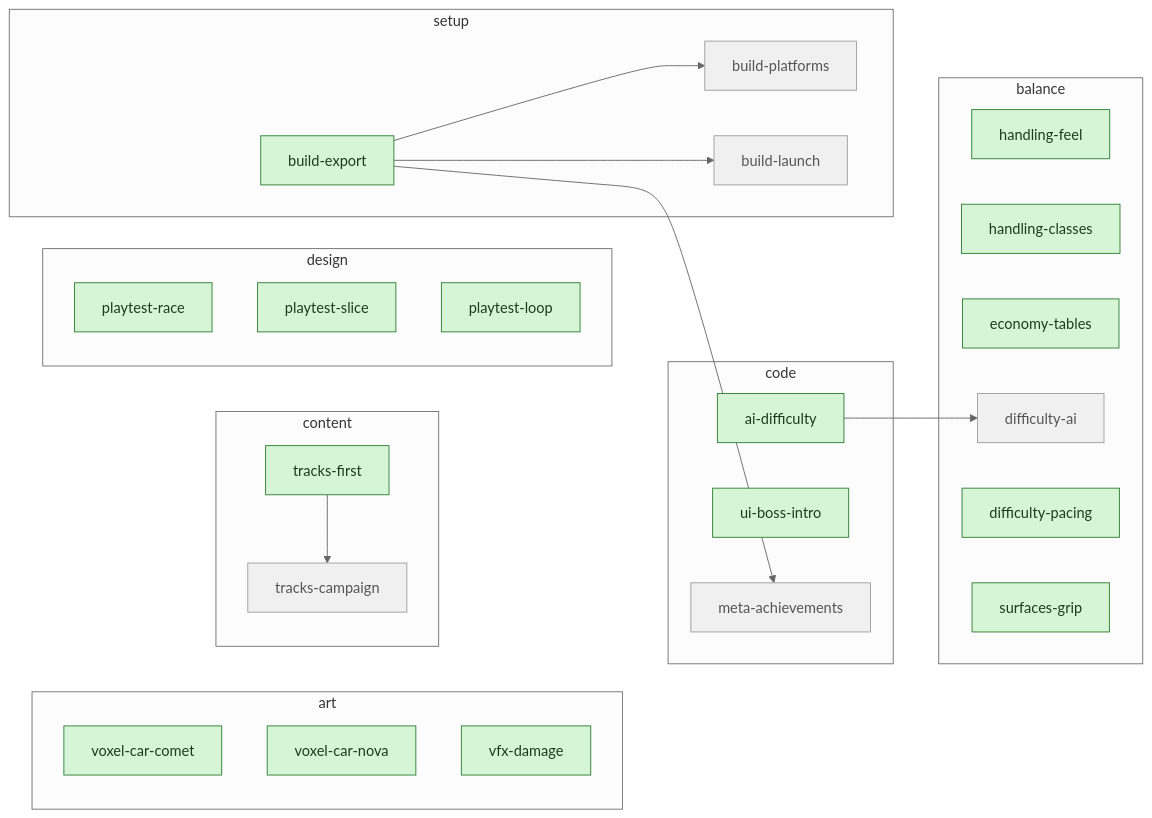
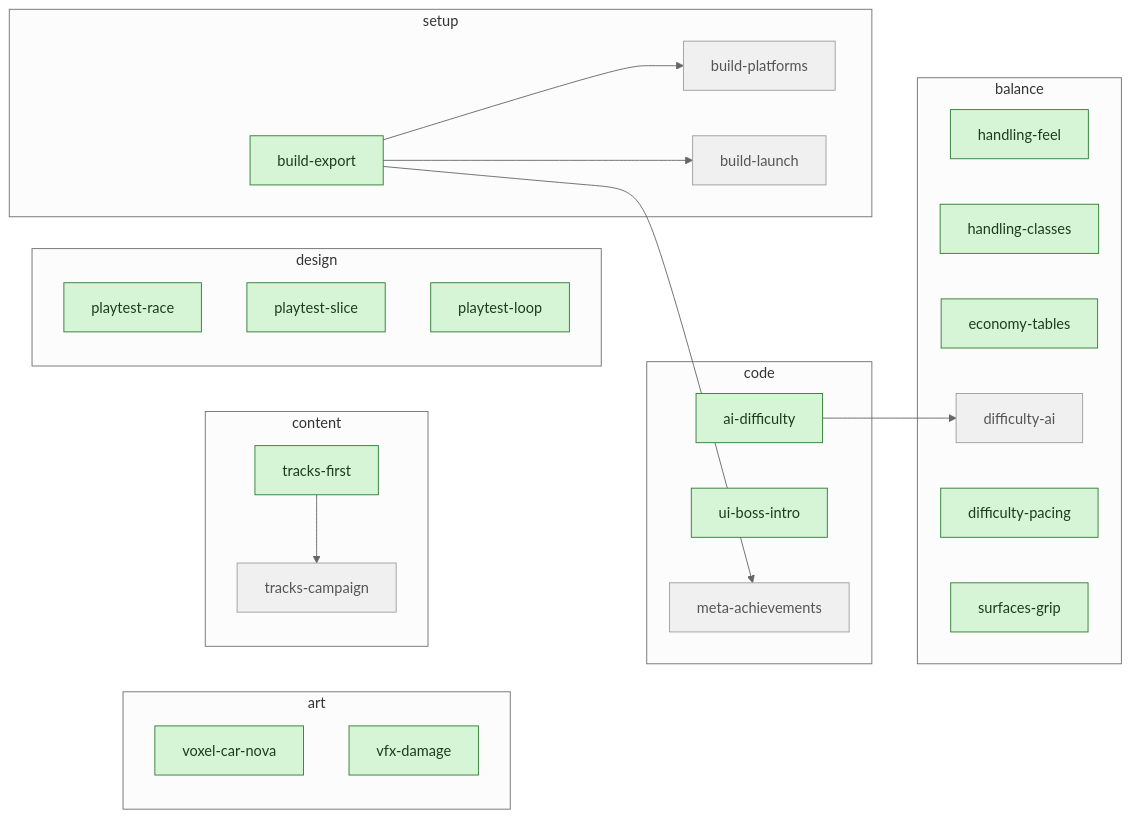
One commit to artemiiShabanov/RallyRivals changed the third of 3 diagrams in STATUS.md. Above: the diagram before and after it, drawn with Mermaid (neutral theme). The commit also changed other lines of this file and 6 other files, not shown here.

````diff
--- a/STATUS.md
+++ b/STATUS.md
@@ -91,44 +90,43 @@
 ```mermaid
 flowchart LR
   subgraph code
     code_ai_difficulty["ai-difficulty"]
     code_ui_boss_intro["ui-boss-intro"]
     code_meta_achievements["meta-achievements"]
   end
   subgraph art
-    art_voxel_car_comet["voxel-car-comet"]
     art_voxel_car_nova["voxel-car-nova"]
     art_vfx_damage["vfx-damage"]
   end
   subgraph content
     content_tracks_first["tracks-first"]
     content_tracks_campaign["tracks-campaign"]
   end
   subgraph balance
     balance_handling_feel["handling-feel"]
     balance_handling_classes["handling-classes"]
     balance_economy_tables["economy-tables"]
     balance_difficulty_ai["difficulty-ai"]
     balance_difficulty_pacing["difficulty-pacing"]
     balance_surfaces_grip["surfaces-grip"]
   end
   subgraph design
     design_playtest_race["playtest-race"]
     design_playtest_slice["playtest-slice"]
     design_playtest_loop["playtest-loop"]
   end
   subgraph setup
     setup_build_export["build-export"]
     setup_build_platforms["build-platforms"]
     setup_build_launch["build-launch"]
   end
   setup_build_export --> code_meta_achievements
   content_tracks_first --> content_tracks_campaign
   code_ai_difficulty --> balance_difficulty_ai
   setup_build_export --> setup_build_platforms
   setup_build_export --> setup_build_launch
   classDef avail fill:#d6f5d6,stroke:#2e7d32,color:#1b3d1b;
   classDef blocked fill:#f0f0f0,stroke:#9e9e9e,color:#555;
-  class code_ai_difficulty,code_ui_boss_intro,content_tracks_first,art_voxel_car_comet,art_voxel_car_nova,art_vfx_damage,balance_handling_feel,balance_handling_classes,balance_economy_tables,balance_difficulty_pacing,balance_surfaces_grip,design_playtest_race,design_playtest_slice,design_playtest_loop,setup_build_export avail;
+  class code_ai_difficulty,code_ui_boss_intro,content_tracks_first,art_voxel_car_nova,art_vfx_damage,balance_handling_feel,balance_handling_classes,balance_economy_tables,balance_difficulty_pacing,balance_surfaces_grip,design_playtest_race,design_playtest_slice,design_playtest_loop,setup_build_export avail;
   class code_meta_achievements,content_tracks_campaign,balance_difficulty_ai,setup_build_platforms,setup_build_launch blocked;
 ```
````
